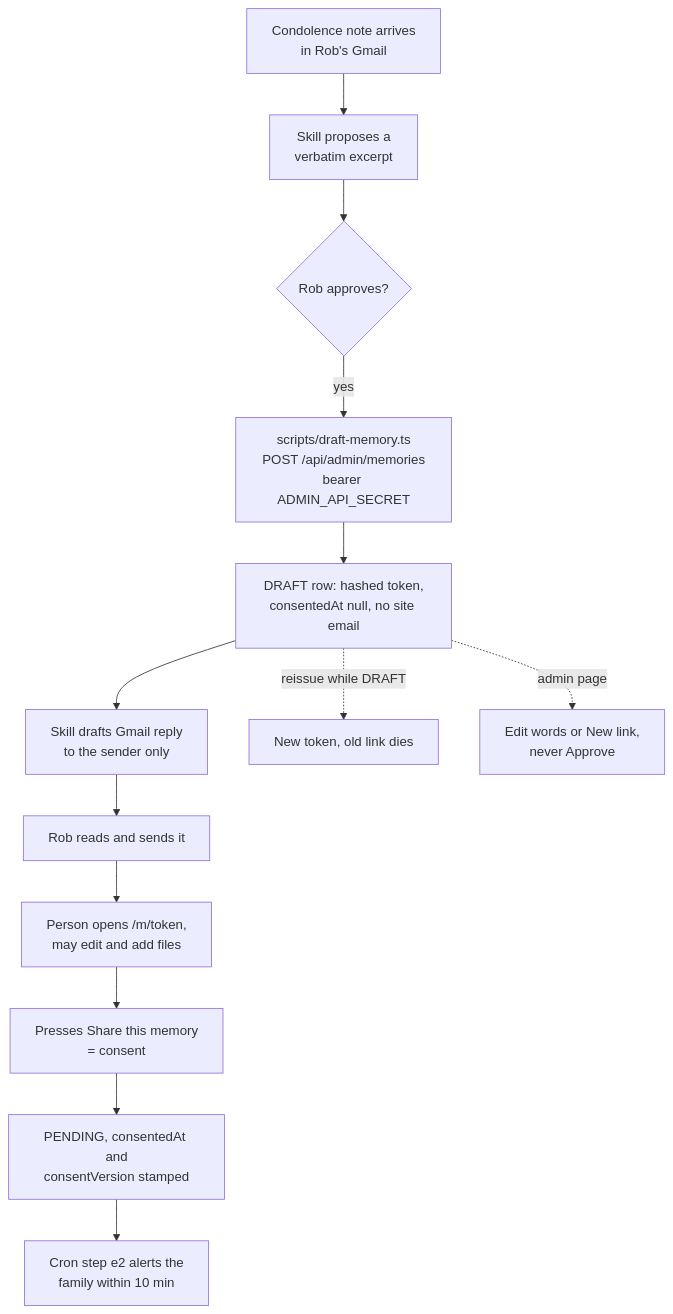
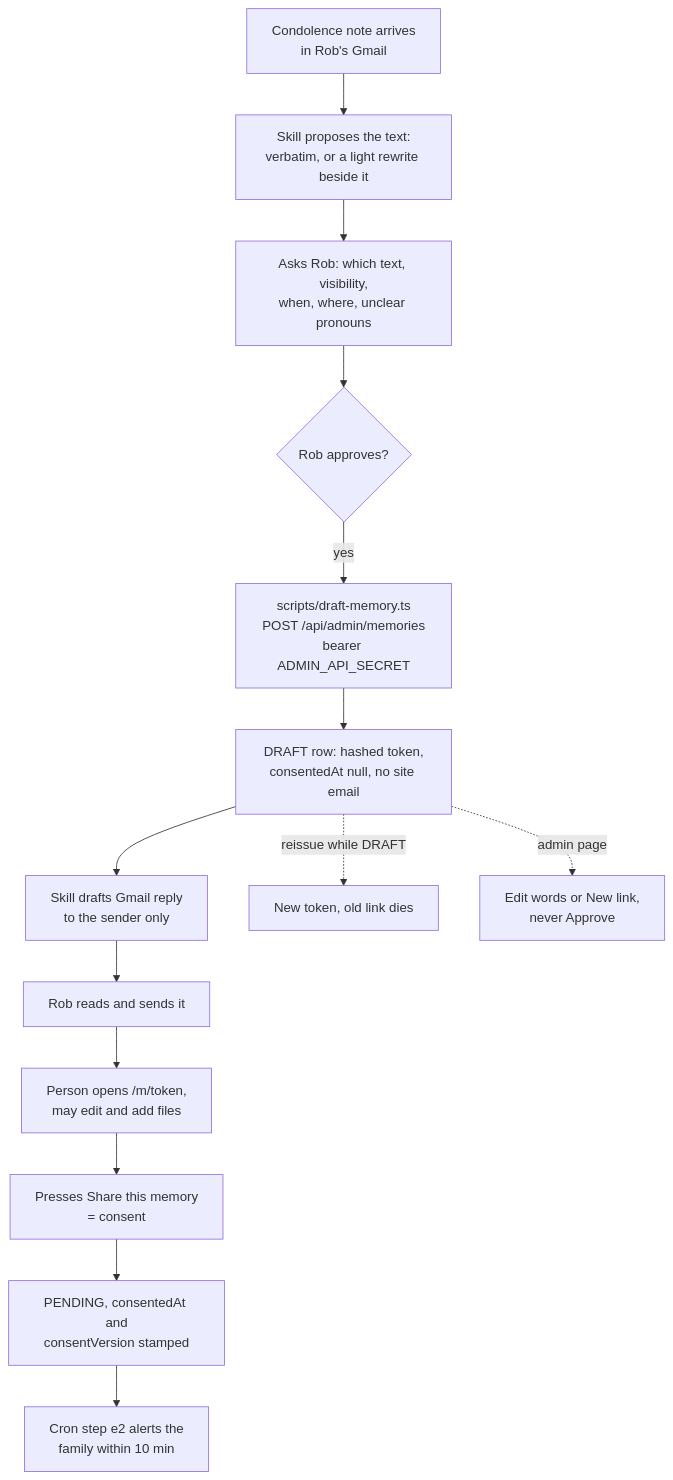
The diagram in docs/features/draft-on-behalf.md (RobertdWray/jowray_com), drawn with Mermaid before and after one commit. The commit also changed other lines of this file and 14 other files, not shown here.

````diff
--- a/docs/features/draft-on-behalf.md
+++ b/docs/features/draft-on-behalf.md
@@ -39,15 +40,16 @@
 ```mermaid
 flowchart TD
-  A[Condolence note arrives<br/>in Rob's Gmail] --> B[Skill proposes a<br/>verbatim excerpt]
-  B --> C{Rob approves?}
+  A[Condolence note arrives<br/>in Rob's Gmail] --> B[Skill proposes the text:<br/>verbatim, or a light rewrite beside it]
+  B --> B2[Asks Rob: which text, visibility,<br/>when, where, unclear pronouns]
+  B2 --> C{Rob approves?}
   C -- yes --> D[scripts/draft-memory.ts<br/>POST /api/admin/memories<br/>bearer ADMIN_API_SECRET]
   D --> E[DRAFT row: hashed token,<br/>consentedAt null, no site email]
   E --> F[Skill drafts Gmail reply<br/>to the sender only]
   F --> G[Rob reads and sends it]
   G --> H[Person opens /m/token,<br/>may edit and add files]
   H --> I[Presses Share this memory<br/>= consent]
   I --> J[PENDING, consentedAt and<br/>consentVersion stamped]
   J --> K[Cron step e2 alerts the<br/>family within 10 min]
   E -. reissue while DRAFT .-> L[New token, old link dies]
   E -. admin page .-> M[Edit words or New link,<br/>never Approve]
 ```
````
